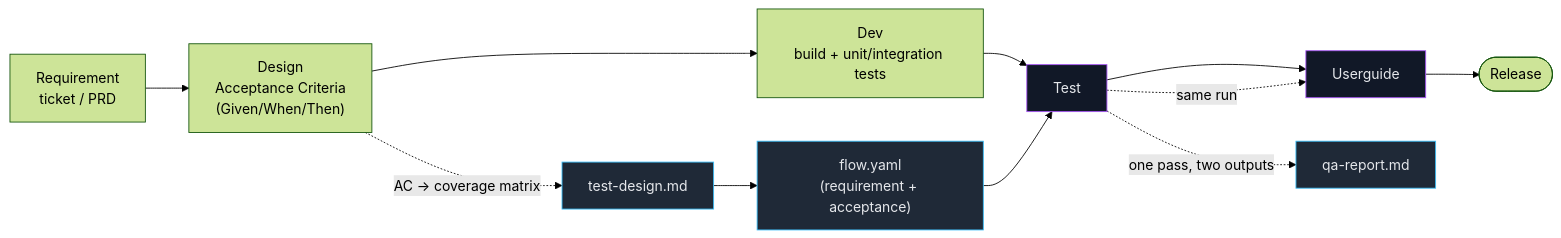
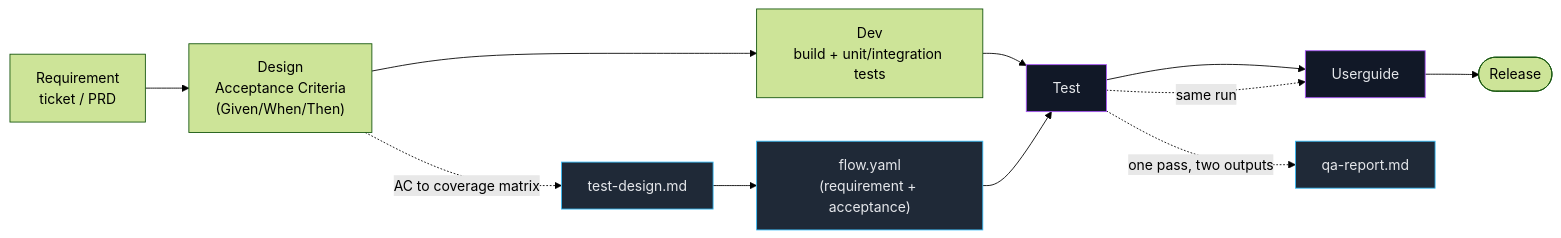
One commit to wichtking/agent-browser-qa changed the diagram in docs/TEAM-PROCESS.md. Above: the diagram before and after it, drawn with Mermaid (forest theme).

Commit message:
fix(docs): use robust mermaid dotted-link syntax in TEAM-PROCESS

````diff
--- a/docs/TEAM-PROCESS.md
+++ b/docs/TEAM-PROCESS.md
@@ -16,19 +16,19 @@
 ```mermaid
 flowchart LR
     R["Requirement<br/>ticket / PRD"] --> D["Design<br/>Acceptance Criteria<br/>(Given/When/Then)"]
     D --> V["Dev<br/>build + unit/integration tests"]
     V --> T["Test"]
     T --> G["Userguide"]
     G --> Rel(["Release"])
 
-    D -. "AC → coverage matrix" .-> TD["test-design.md"]
+    D -.->|"AC to coverage matrix"| TD["test-design.md"]
     TD --> FS["flow.yaml<br/>(requirement + acceptance)"]
     FS --> T
-    T -. "one pass, two outputs" .-> QA["qa-report.md"]
-    T -. same run .-> G
+    T -.->|"one pass, two outputs"| QA["qa-report.md"]
+    T -.->|"same run"| G
 
     classDef tool fill:#1f2937,stroke:#38bdf8,color:#e5e7eb;
     class TD,FS,QA tool
     classDef owned fill:#111827,stroke:#a855f7,color:#e5e7eb;
     class T,G owned
 ```
````
